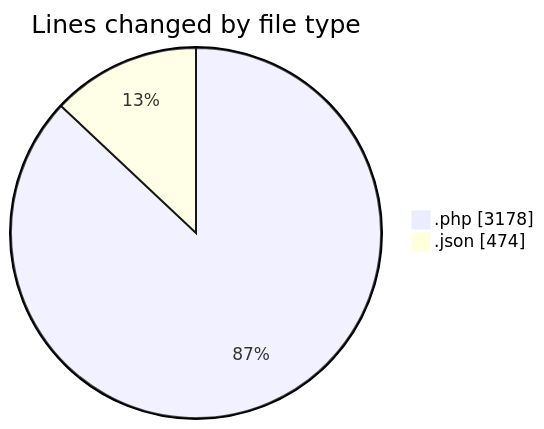
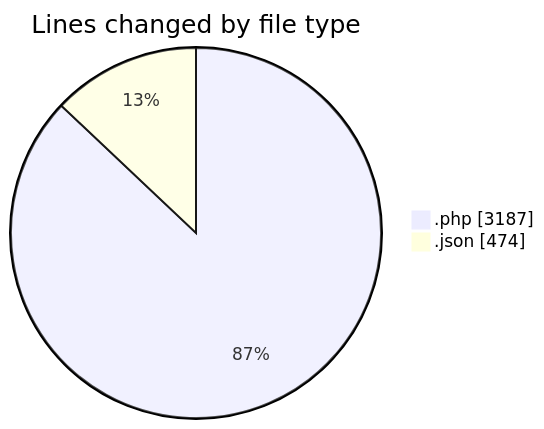
One commit to idhammustaqopulfikri/code-tracking changed the first of 2 diagrams in 2025-06-16/studio-backend/README.md. Above: the diagram before and after it, drawn with Mermaid. The commit also changed other lines of this file and 1 other file, not shown here.

````diff
--- a/2025-06-16/studio-backend/README.md
+++ b/2025-06-16/studio-backend/README.md
@@ -36,6 +36,6 @@
 ```mermaid
 pie showData
 title Lines changed by file type
-".php" : 3178
+".php" : 3187
 ".json" : 474
 ```
````
